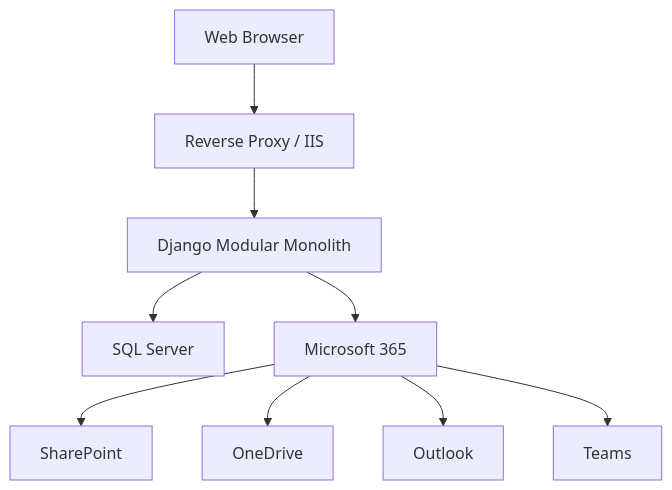
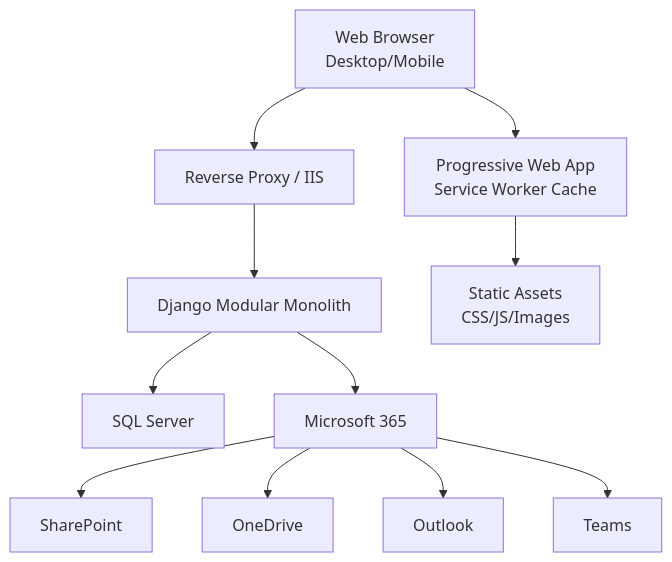
The second of 13 diagrams in .qoder/repowiki/en/content/Project Overview.md (dinhtanhb/QLHCNS), drawn with Mermaid before and after one commit. The commit also changed other lines of this file and 98 other files, not shown here.

````diff
--- a/.qoder/repowiki/en/content/Project Overview.md
+++ b/.qoder/repowiki/en/content/Project Overview.md
@@ -115,11 +143,13 @@
 ```mermaid
 graph TB
-Browser["Web Browser"] --> Proxy["Reverse Proxy / IIS"]
+Browser["Web Browser<br/>Desktop/Mobile"] --> Proxy["Reverse Proxy / IIS"]
 Proxy --> Django["Django Modular Monolith"]
 Django --> DB["SQL Server"]
 Django --> M365["Microsoft 365"]
 M365 --> SharePoint["SharePoint"]
 M365 --> OneDrive["OneDrive"]
 M365 --> Outlook["Outlook"]
 M365 --> Teams["Teams"]
+Browser --> PWA["Progressive Web App<br/>Service Worker Cache"]
+PWA --> Assets["Static Assets<br/>CSS/JS/Images"]
 ```
````
